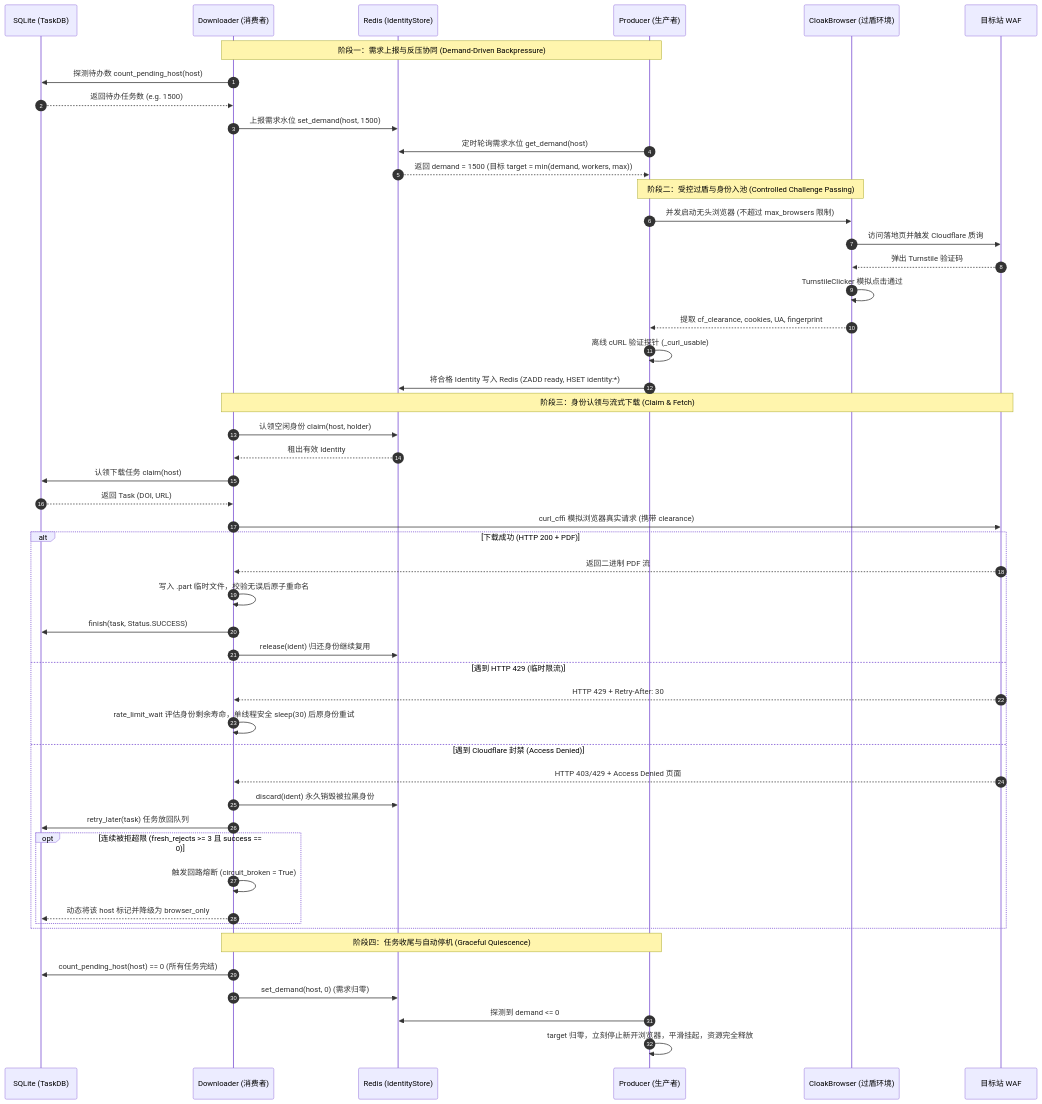
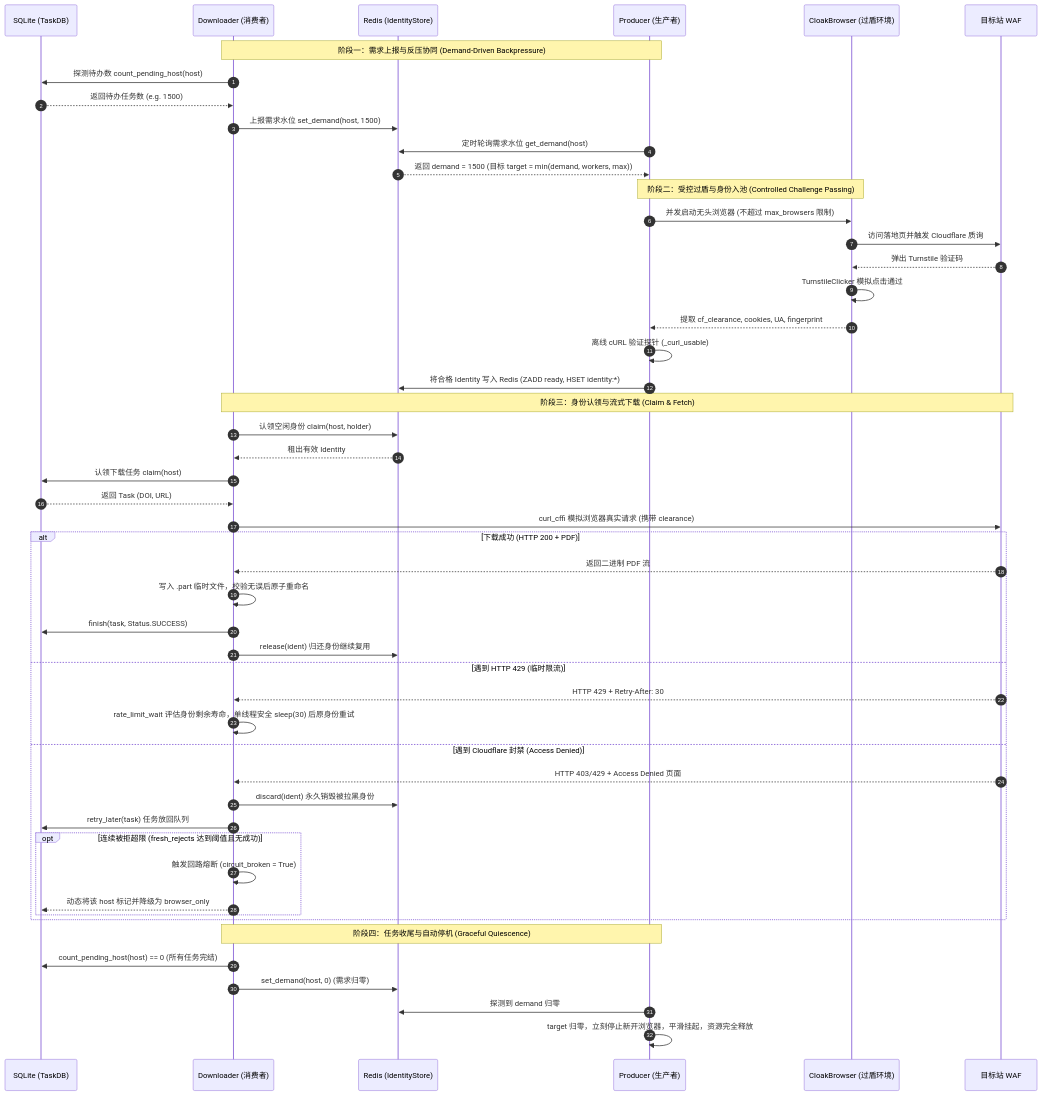
One commit to huangpd/PaperLite changed the third of 3 diagrams in docs/ARCHITECTURE.md. Above: the diagram before and after it, drawn with Mermaid. The commit also changed other lines of this file, not shown here.

Commit message:
docs: fix mermaid stateDiagram syntax compatibility on GitHub by converting to flowchart

````diff
--- a/docs/ARCHITECTURE.md
+++ b/docs/ARCHITECTURE.md
@@ -165,58 +193,58 @@
 ```mermaid
 sequenceDiagram
     autonumber
     participant DB as SQLite (TaskDB)
     participant DL as Downloader (消费者)
     participant RD as Redis (IdentityStore)
     participant PR as Producer (生产者)
     participant BR as CloakBrowser (过盾环境)
     participant WAF as 目标站 WAF
 
     Note over DL,PR: 阶段一：需求上报与反压协同 (Demand-Driven Backpressure)
     DL->>DB: 探测待办数 count_pending_host(host)
     DB-->>DL: 返回待办任务数 (e.g. 1500)
     DL->>RD: 上报需求水位 set_demand(host, 1500)
     
     PR->>RD: 定时轮询需求水位 get_demand(host)
     RD-->>PR: 返回 demand = 1500 (目标 target = min(demand, workers, max))
     
     Note over PR,BR: 阶段二：受控过盾与身份入池 (Controlled Challenge Passing)
     PR->>BR: 并发启动无头浏览器 (不超过 max_browsers 限制)
     BR->>WAF: 访问落地页并触发 Cloudflare 质询
     WAF-->>BR: 弹出 Turnstile 验证码
     BR->>BR: TurnstileClicker 模拟点击通过
     BR-->>PR: 提取 cf_clearance, cookies, UA, fingerprint
     PR->>PR: 离线 cURL 验证探针 (_curl_usable)
     PR->>RD: 将合格 Identity 写入 Redis (ZADD ready, HSET identity:*)
 
     Note over DL,WAF: 阶段三：身份认领与流式下载 (Claim & Fetch)
     DL->>RD: 认领空闲身份 claim(host, holder)
     RD-->>DL: 租出有效 Identity
     DL->>DB: 认领下载任务 claim(host)
     DB-->>DL: 返回 Task (DOI, URL)
     DL->>WAF: curl_cffi 模拟浏览器真实请求 (携带 clearance)
     
     alt 下载成功 (HTTP 200 + PDF)
         WAF-->>DL: 返回二进制 PDF 流
         DL->>DL: 写入 .part 临时文件，校验无误后原子重命名
         DL->>DB: finish(task, Status.SUCCESS)
         DL->>RD: release(ident) 归还身份继续复用
     else 遇到 HTTP 429 (临时限流)
         WAF-->>DL: HTTP 429 + Retry-After: 30
         DL->>DL: rate_limit_wait 评估身份剩余寿命，单线程安全 sleep(30) 后原身份重试
     else 遇到 Cloudflare 封禁 (Access Denied)
         WAF-->>DL: HTTP 403/429 + Access Denied 页面
         DL->>RD: discard(ident) 永久销毁被拉黑身份
         DL->>DB: retry_later(task) 任务放回队列
-        opt 连续被拒超限 (fresh_rejects >= 3 且 success == 0)
+        opt 连续被拒超限 (fresh_rejects 达到阈值且无成功)
             DL->>DL: 触发回路熔断 (circuit_broken = True)
             DL-->>DB: 动态将该 host 标记并降级为 browser_only
         end
     end
 
     Note over DL,PR: 阶段四：任务收尾与自动停机 (Graceful Quiescence)
     DL->>DB: count_pending_host(host) == 0 (所有任务完结)
     DL->>RD: set_demand(host, 0) (需求归零)
-    PR->>RD: 探测到 demand <= 0
+    PR->>RD: 探测到 demand 归零
     PR->>PR: target 归零，立刻停止新开浏览器，平滑挂起，资源完全释放
 ```
````
